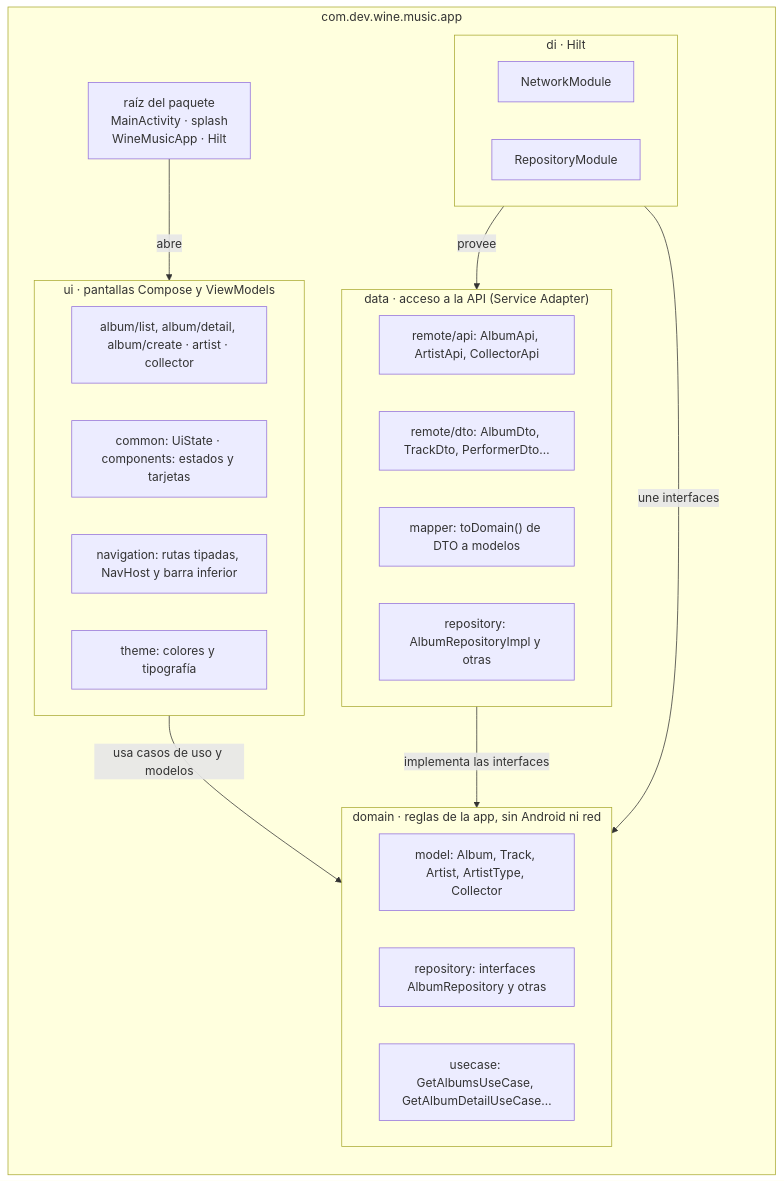
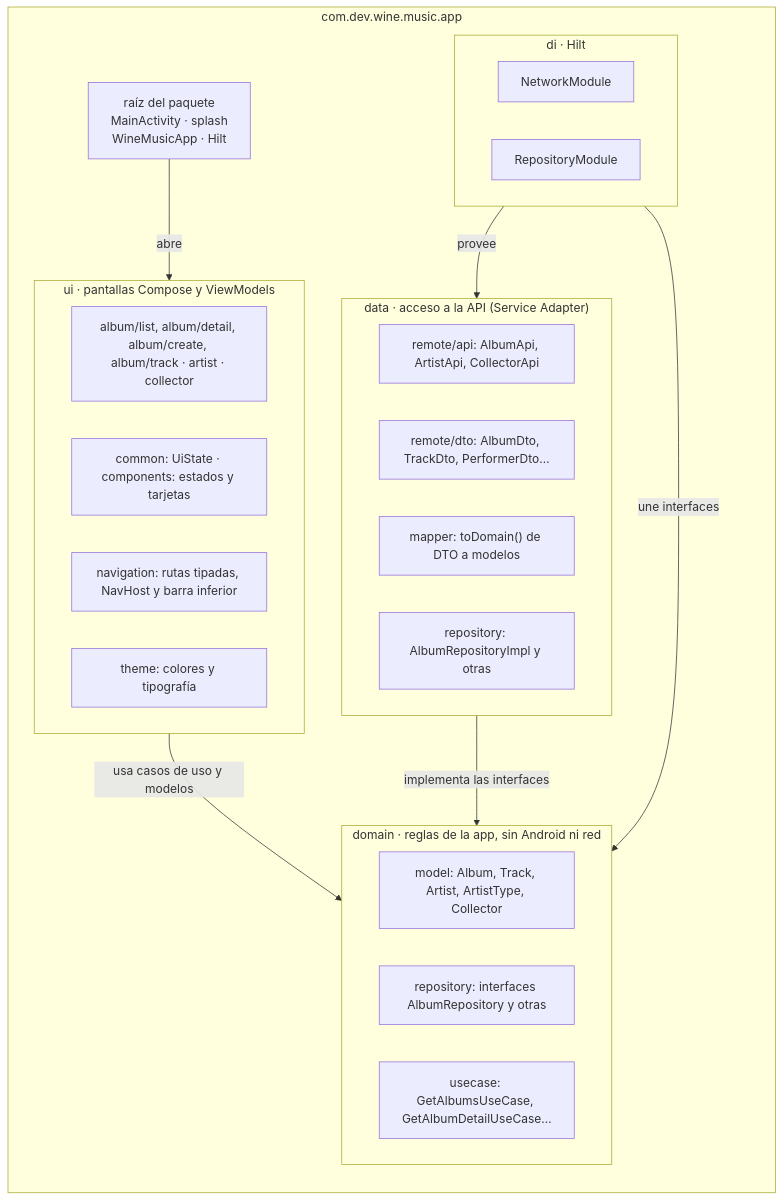
Before and after one commit to jhon0520/Andes-Vynils-App: the second of 4 diagrams in docs/App-technical-documentation.md, drawn with Mermaid. The commit also changed other lines of this file and 25 other files, not shown here.

````diff
--- a/docs/App-technical-documentation.md
+++ b/docs/App-technical-documentation.md
@@ -60,34 +60,34 @@
 ```mermaid
 flowchart LR
     subgraph ROOT["com.dev.wine.music.app"]
         direction TB
         RAIZ["raíz del paquete<br/>MainActivity · splash<br/>WineMusicApp · Hilt"]
         subgraph UIP["ui · pantallas Compose y ViewModels"]
-            U1["album/list, album/detail, album/create · artist · collector"]
+            U1["album/list, album/detail, album/create, album/track · artist · collector"]
             U2["common: UiState · components: estados y tarjetas"]
             U3["navigation: rutas tipadas, NavHost y barra inferior"]
             U4["theme: colores y tipografía"]
         end
         subgraph DOM["domain · reglas de la app, sin Android ni red"]
             D1["model: Album, Track, Artist, ArtistType, Collector"]
             D2["repository: interfaces AlbumRepository y otras"]
             D3["usecase: GetAlbumsUseCase, GetAlbumDetailUseCase…"]
         end
         subgraph DAT["data · acceso a la API (Service Adapter)"]
             A1["remote/api: AlbumApi, ArtistApi, CollectorApi"]
             A2["remote/dto: AlbumDto, TrackDto, PerformerDto…"]
             A3["mapper: toDomain() de DTO a modelos"]
             A4["repository: AlbumRepositoryImpl y otras"]
         end
         subgraph DI["di · Hilt"]
             I1["NetworkModule"]
             I2["RepositoryModule"]
         end
     end
 
     RAIZ -- abre --> UIP
     UIP -- "usa casos de uso y modelos" --> DOM
     DAT -- "implementa las interfaces" --> DOM
     DI -- provee --> DAT
     DI -- "une interfaces" --> DOM
 ```
````
